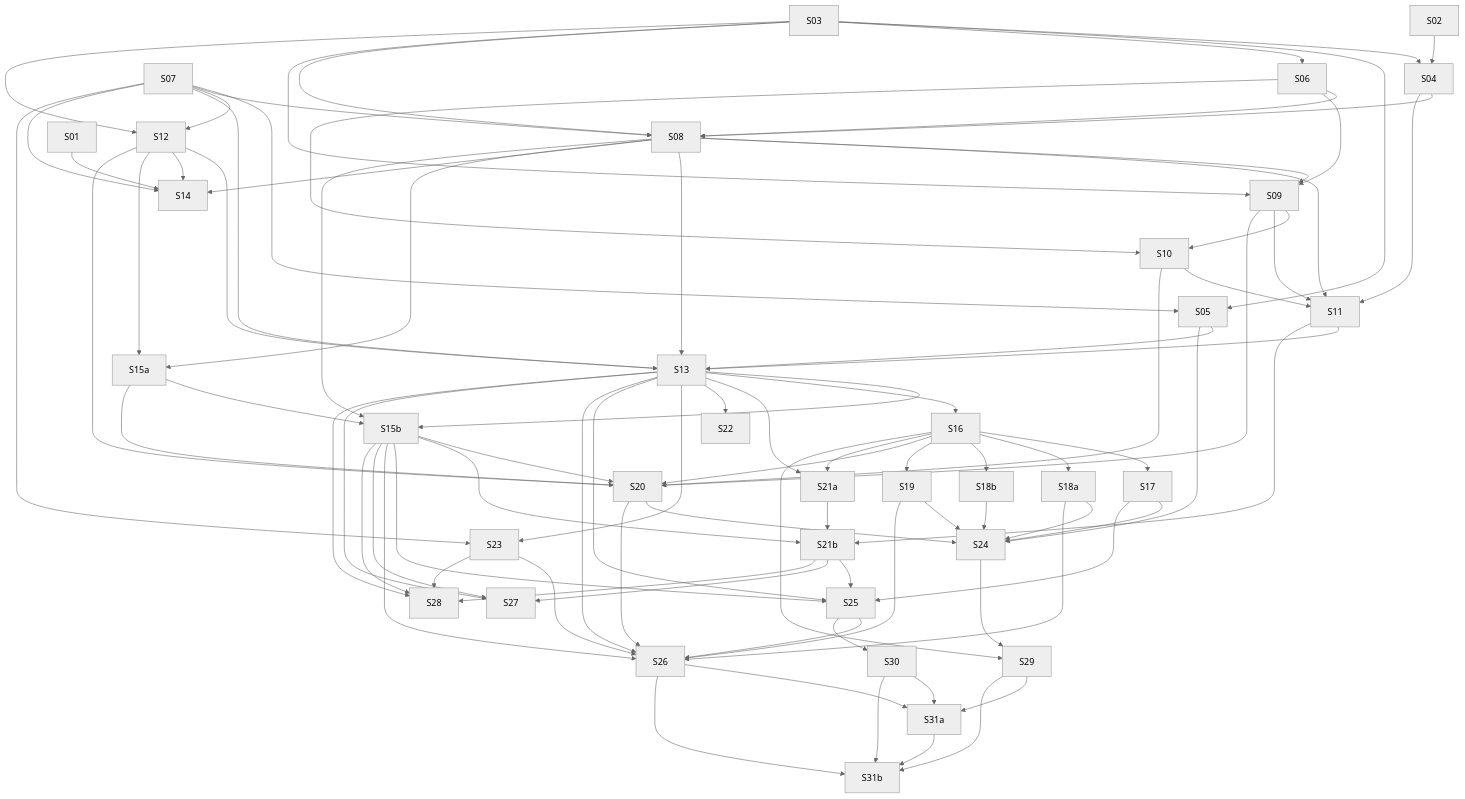
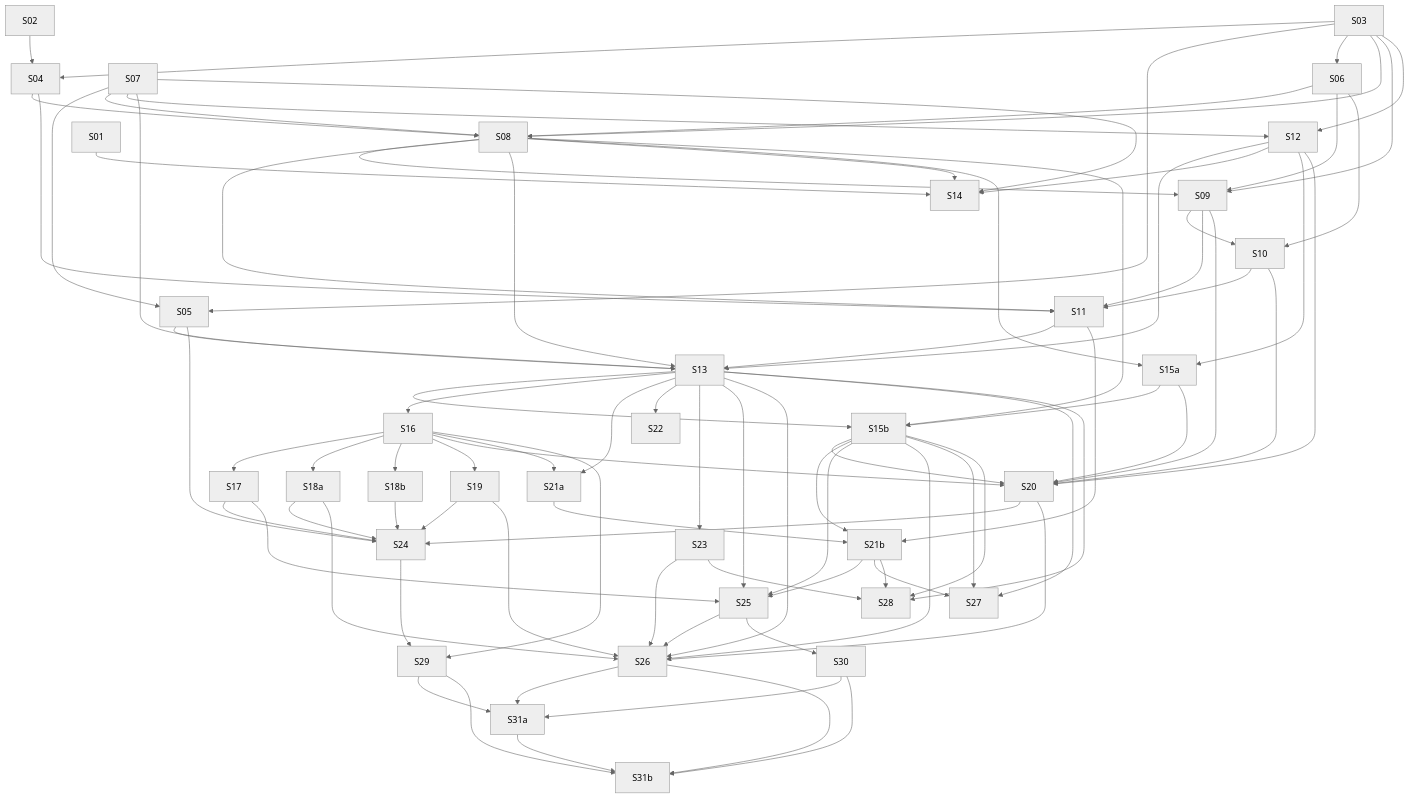
One commit to lmmoreira/ikaro changed the diagram in plan/M25-TENANT-BILLING-FOUNDATION.md. Above: the diagram before and after it, drawn with Mermaid (neutral theme). The commit also changed other lines of this file and 11 other files, not shown here.

```diff
--- a/plan/M25-TENANT-BILLING-FOUNDATION.md
+++ b/plan/M25-TENANT-BILLING-FOUNDATION.md
@@ -127,7 +127,6 @@
   S15b --> S21b
   S21a --> S21b
   S13 --> S22
-  S07 --> S23
   S13 --> S23
   S17 --> S24
   S18a --> S24
```
